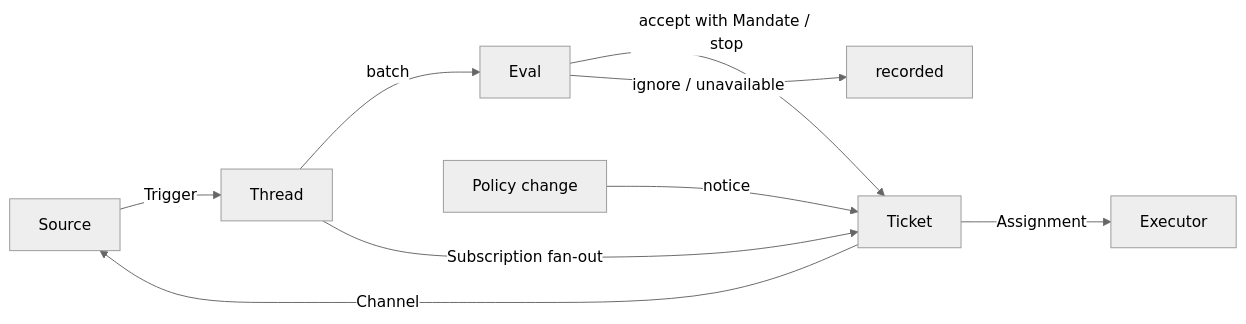
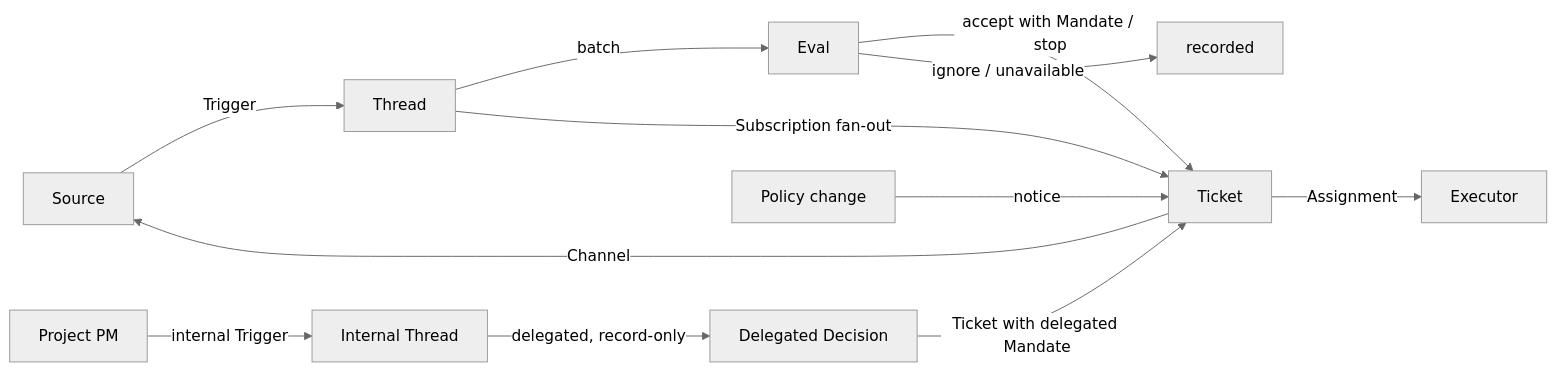
Before and after one commit to imx123/super-personal-assistant: the diagram in docs/001-domain.md, drawn with Mermaid (neutral theme). The commit also changed other lines of this file and 30 other files, not shown here.

First line of the commit message:
feat: let a Project PM create delegated Tickets (P2.2a)

````diff
--- a/docs/001-domain.md
+++ b/docs/001-domain.md
@@ -9,11 +9,14 @@
 ```mermaid
 flowchart LR
   S[Source] -->|Trigger| T[Thread]
   T -->|batch| E[Eval]
   T -->|Subscription fan-out| K[Ticket]
   E -->|accept with Mandate / stop| K
+  PM[Project PM] -->|internal Trigger| T2[Internal Thread]
+  T2 -->|delegated, record-only| E2[Delegated Decision]
+  E2 -->|Ticket with delegated Mandate| K
   E -->|ignore / unavailable| X[recorded]
   P[Policy change] -->|notice| K
   K -->|Assignment| W[Executor]
   K -->|Channel| S
 ```
````
